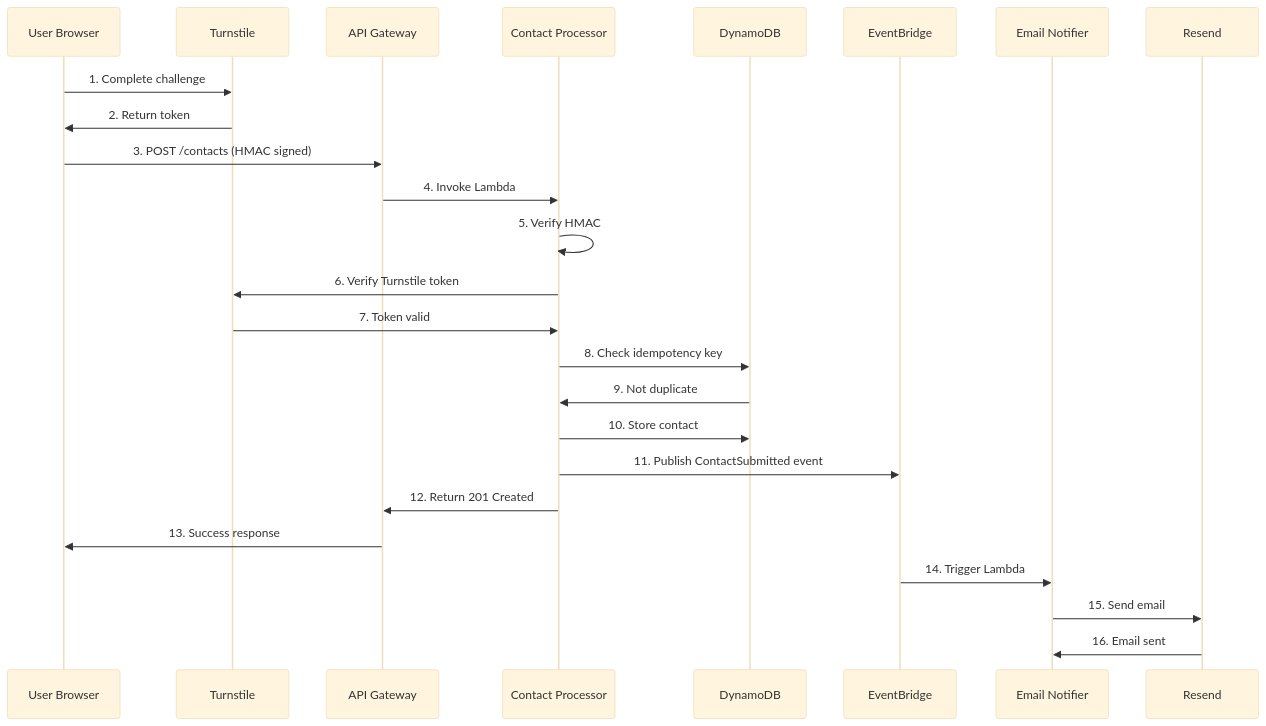
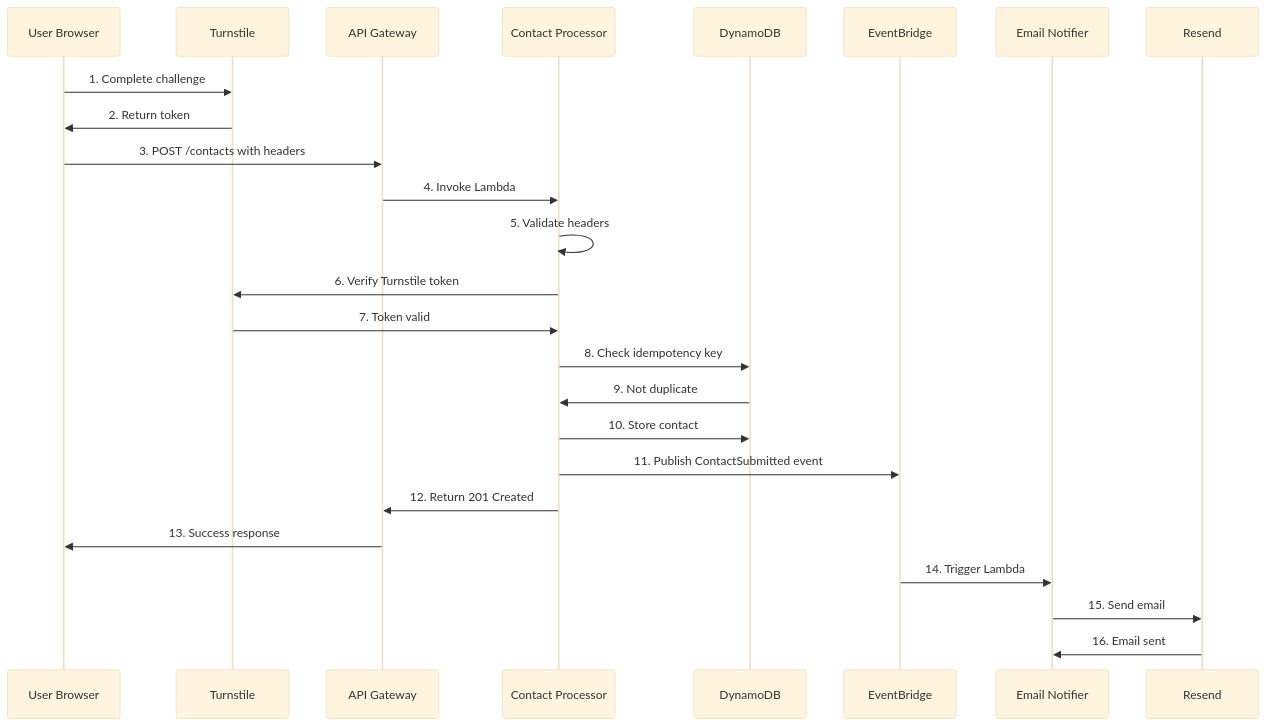
Before and after one commit to DaltonBuilds/portfolio-dalton-ousley: the second of 2 diagrams in content/blog/aws-form-capture.mdx, drawn with Mermaid (base theme). The commit also changed other lines of this file, not shown here.

Commit message:
fix(blog): update AWS form capture documentation to reflect changes with HMAC

````diff
--- a/content/blog/aws-form-capture.mdx
+++ b/content/blog/aws-form-capture.mdx
@@ -130,29 +130,29 @@
 ```mermaid
 sequenceDiagram
     participant U as User Browser
     participant T as Turnstile
     participant A as API Gateway
     participant L1 as Contact Processor
     participant D as DynamoDB
     participant E as EventBridge
     participant L2 as Email Notifier
     participant R as Resend
 
     U->>T: 1. Complete challenge
     T->>U: 2. Return token
-    U->>A: 3. POST /contacts (HMAC signed)
+    U->>A: 3. POST /contacts with headers
     A->>L1: 4. Invoke Lambda
-    L1->>L1: 5. Verify HMAC
+    L1->>L1: 5. Validate headers
     L1->>T: 6. Verify Turnstile token
     T->>L1: 7. Token valid
     L1->>D: 8. Check idempotency key
     D->>L1: 9. Not duplicate
     L1->>D: 10. Store contact
     L1->>E: 11. Publish ContactSubmitted event
     L1->>A: 12. Return 201 Created
     A->>U: 13. Success response
     E->>L2: 14. Trigger Lambda
     L2->>R: 15. Send email
     R->>L2: 16. Email sent
 
 ```
````
